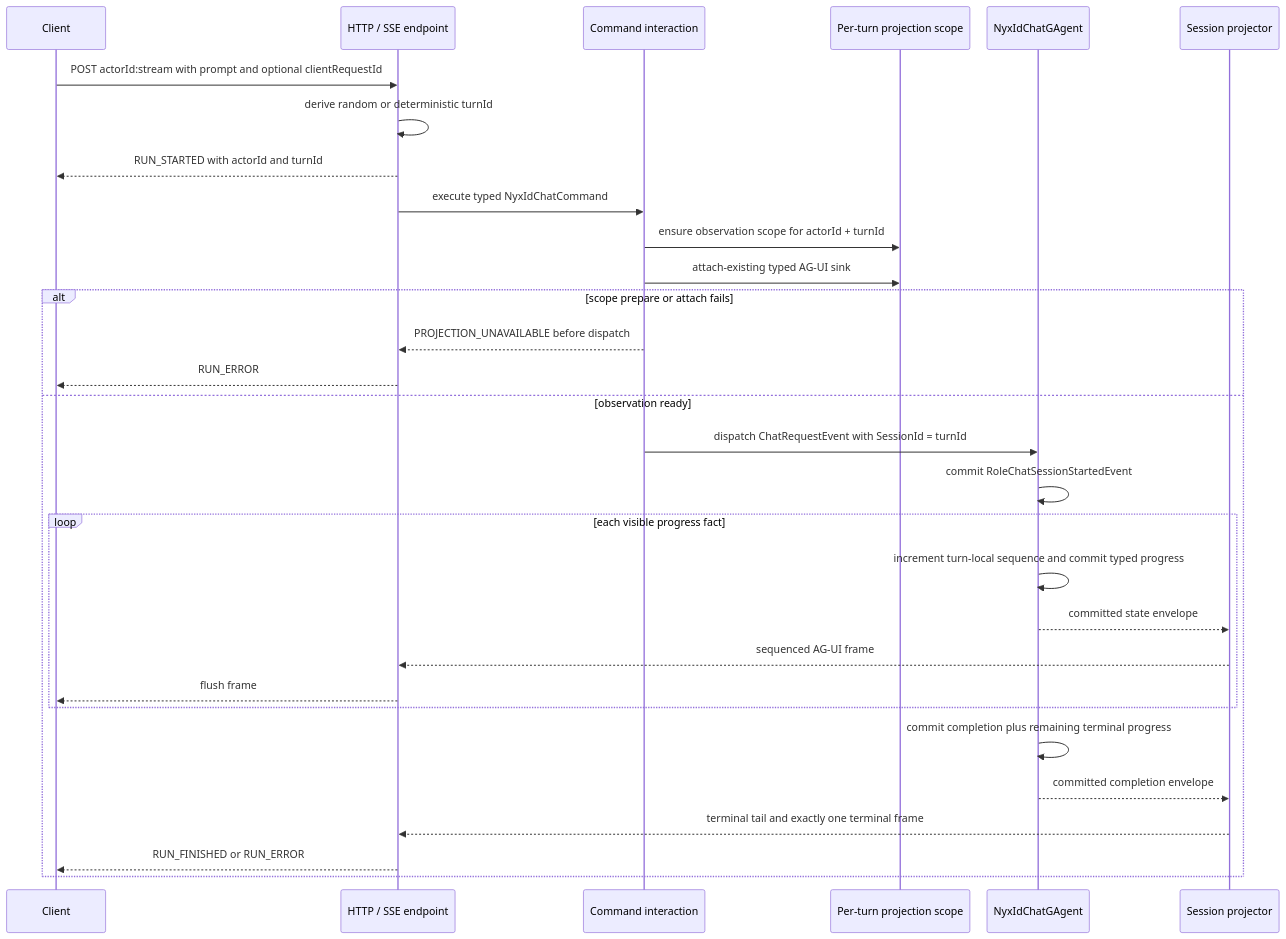
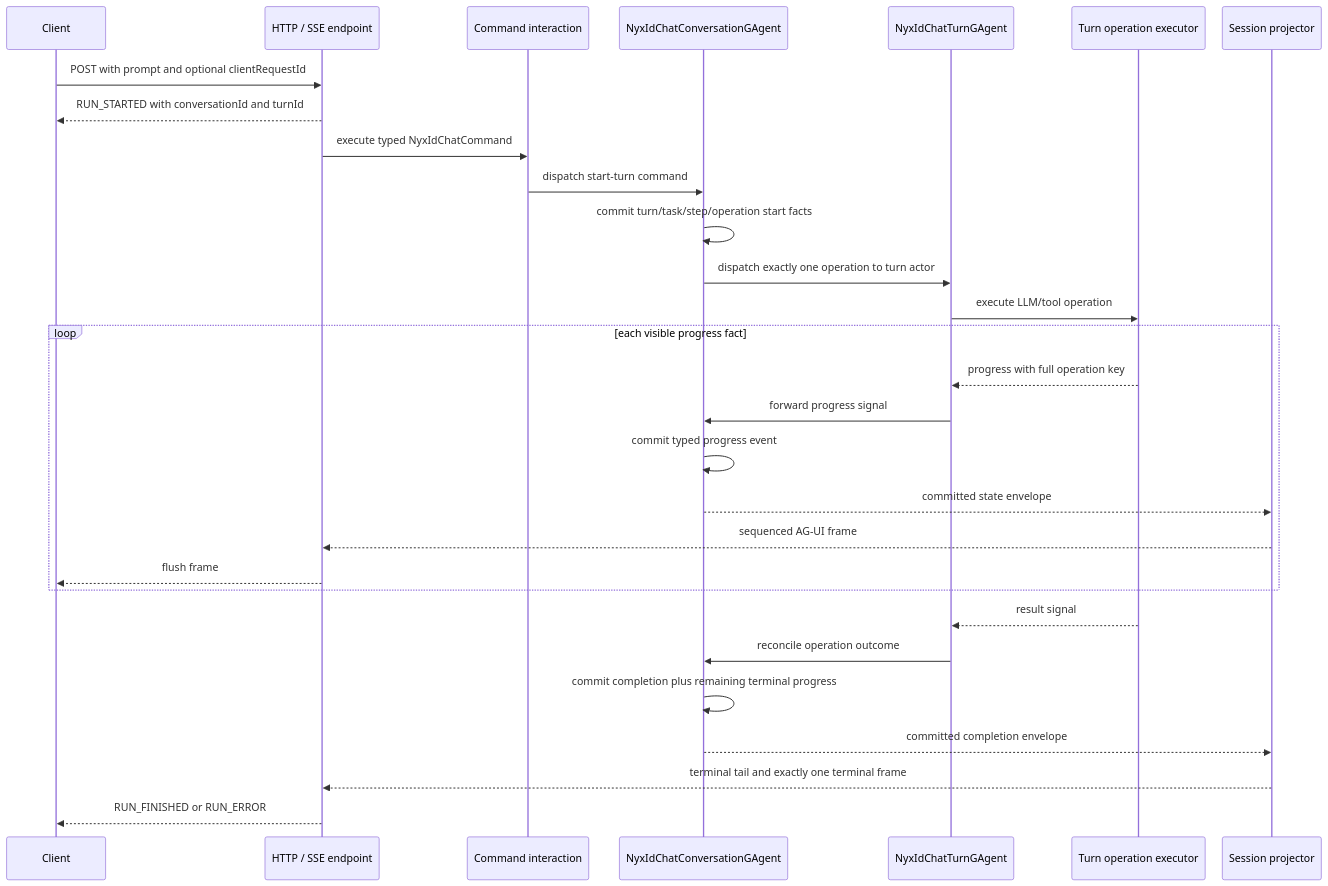
The second of 3 diagrams in 07/02-nyxid-chat-actor-model-and-progress.md (eanzhao-os/aevatar-review), drawn with Mermaid before and after one commit. The commit also changed other lines of this file and 17 other files, not shown here.

````diff
--- a/07/02-nyxid-chat-actor-model-and-progress.md
+++ b/07/02-nyxid-chat-actor-model-and-progress.md
@@ -64,34 +72,33 @@
 ```mermaid
 %%{init: {"maxTextSize": 100000, "sequence": {"actorMargin": 26, "messageMargin": 17, "diagramMarginX": 10, "diagramMarginY": 10}, "themeVariables": {"fontSize": "10px"}}}%%
 sequenceDiagram
     participant C as Client
     participant H as HTTP / SSE endpoint
     participant I as Command interaction
-    participant P as Per-turn projection scope
-    participant A as NyxIdChatGAgent
+    participant K as NyxIdChatConversationGAgent
+    participant T as NyxIdChatTurnGAgent
+    participant X as Turn operation executor
     participant J as Session projector
 
-    C->>H: POST actorId:stream with prompt and optional clientRequestId
-    H->>H: derive random or deterministic turnId
-    H-->>C: RUN_STARTED with actorId and turnId
+    C->>H: POST with prompt and optional clientRequestId
+    H-->>C: RUN_STARTED with conversationId and turnId
     H->>I: execute typed NyxIdChatCommand
-    I->>P: ensure observation scope for actorId + turnId
-    I->>P: attach-existing typed AG-UI sink
-    alt scope prepare or attach fails
-        I-->>H: PROJECTION_UNAVAILABLE before dispatch
-        H-->>C: RUN_ERROR
-    else observation ready
-        I->>A: dispatch ChatRequestEvent with SessionId = turnId
-        A->>A: commit RoleChatSessionStartedEvent
-        loop each visible progress fact
-            A->>A: increment turn-local sequence and commit typed progress
-            A-->>J: committed state envelope
-            J-->>H: sequenced AG-UI frame
-            H-->>C: flush frame
-        end
-        A->>A: commit completion plus remaining terminal progress
-        A-->>J: committed completion envelope
-        J-->>H: terminal tail and exactly one terminal frame
-        H-->>C: RUN_FINISHED or RUN_ERROR
+    I->>K: dispatch start-turn command
+    K->>K: commit turn/task/step/operation start facts
+    K->>T: dispatch exactly one operation to turn actor
+    T->>X: execute LLM/tool operation
+    loop each visible progress fact
+        X-->>T: progress with full operation key
+        T->>K: forward progress signal
+        K->>K: commit typed progress event
+        K-->>J: committed state envelope
+        J-->>H: sequenced AG-UI frame
+        H-->>C: flush frame
     end
+    X-->>T: result signal
+    T->>K: reconcile operation outcome
+    K->>K: commit completion plus remaining terminal progress
+    K-->>J: committed completion envelope
+    J-->>H: terminal tail and exactly one terminal frame
+    H-->>C: RUN_FINISHED or RUN_ERROR
 ```
````
